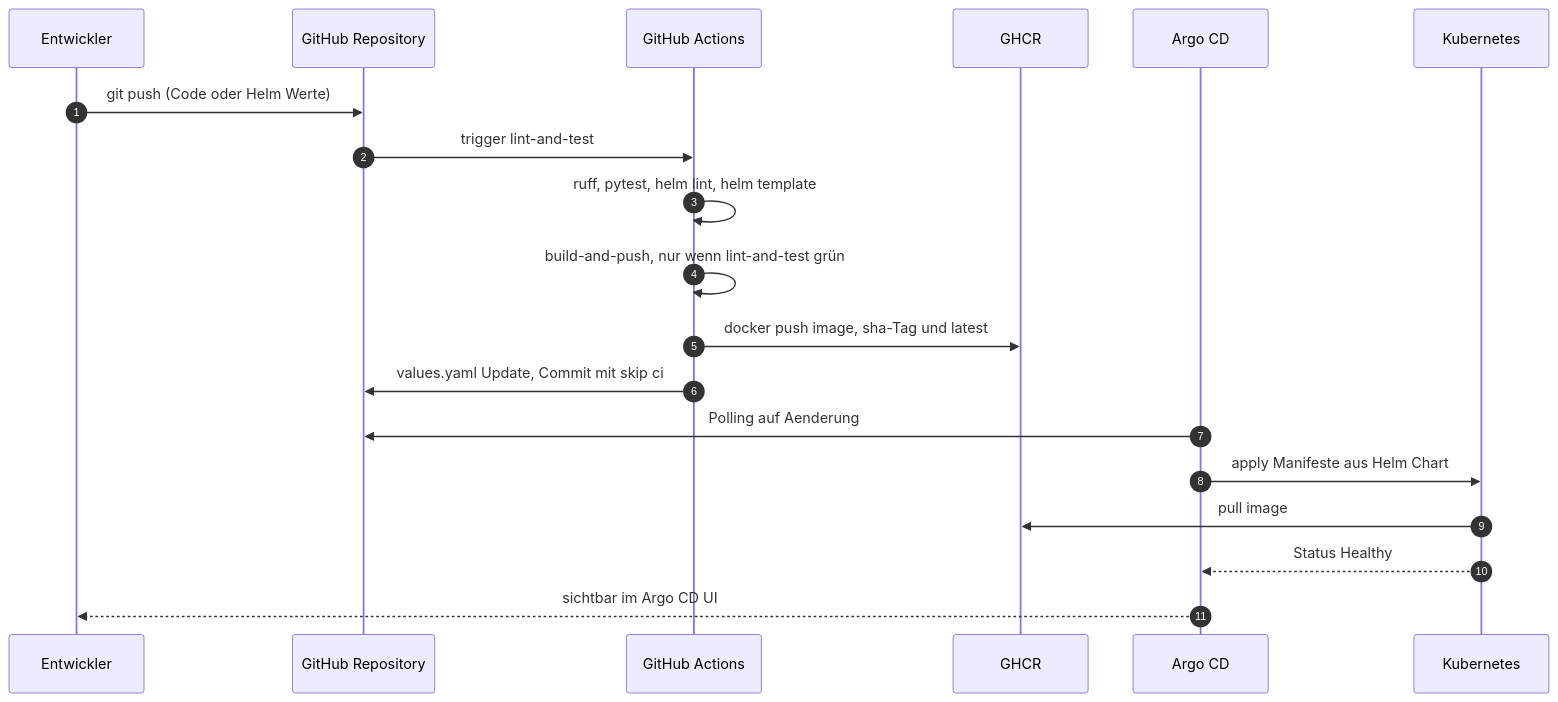
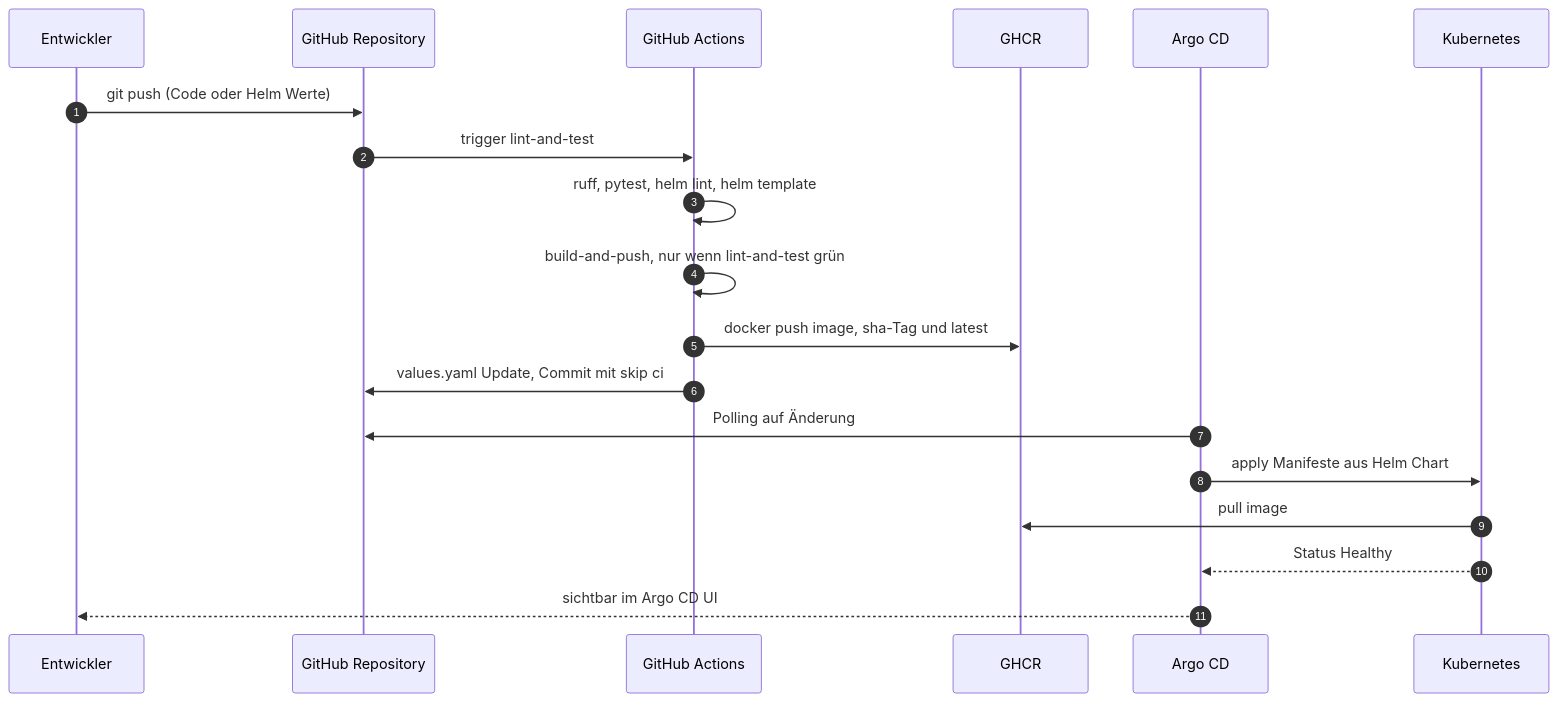
The second of 2 diagrams in README.md (Cancani/gitops-platform-semesterarbeit5), drawn with Mermaid before and after one commit. The commit also changed other lines of this file and 4 other files, not shown here.

````diff
--- a/README.md
+++ b/README.md
@@ -98,22 +98,22 @@
 ```mermaid
 sequenceDiagram
     autonumber
     participant Dev as Entwickler
     participant Git as GitHub Repository
     participant CI as GitHub Actions
     participant Reg as GHCR
     participant Argo as Argo CD
     participant K8s as Kubernetes
 
     Dev->>Git: git push (Code oder Helm Werte)
     Git->>CI: trigger lint-and-test
     CI->>CI: ruff, pytest, helm lint, helm template
     CI->>CI: build-and-push, nur wenn lint-and-test grün
     CI->>Reg: docker push image, sha-Tag und latest
     CI->>Git: values.yaml Update, Commit mit skip ci
-    Argo->>Git: Polling auf Aenderung
+    Argo->>Git: Polling auf Änderung
     Argo->>K8s: apply Manifeste aus Helm Chart
     K8s->>Reg: pull image
     K8s-->>Argo: Status Healthy
     Argo-->>Dev: sichtbar im Argo CD UI
 ```
````
